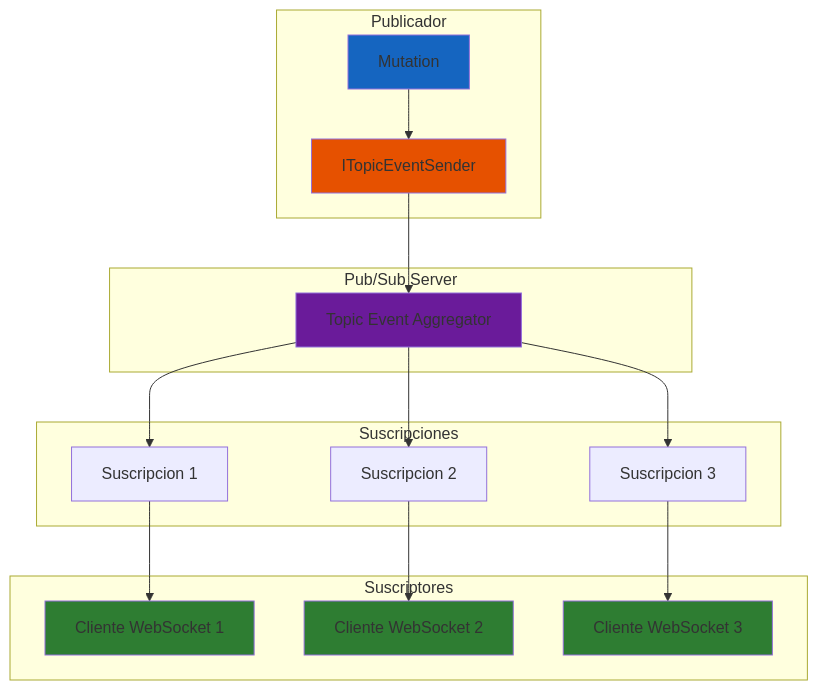
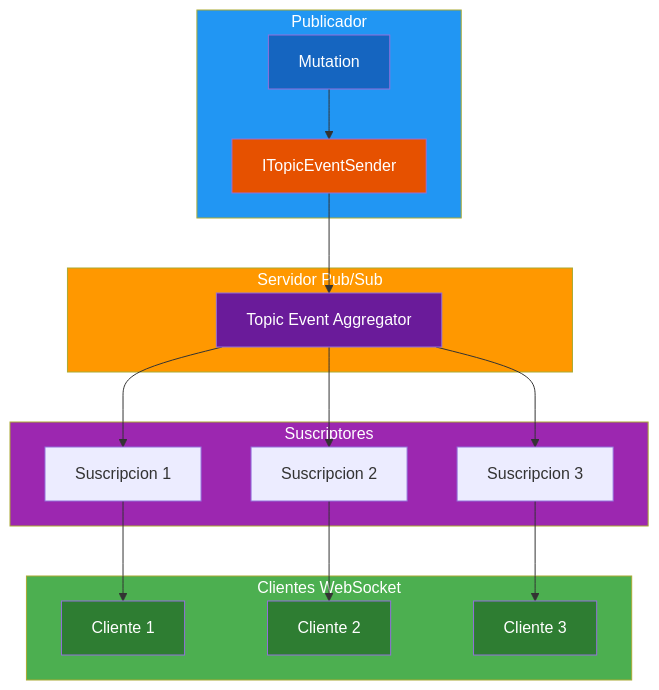
The sixth of 10 diagrams in 19-graphql.md (joseluisgs/DesarrolloWebEntornosServidor-02-2026-2027), drawn with Mermaid before and after one commit. The commit also changed other lines of this file and 1 other file, not shown here.

Commit message:
Reorder sections in README.md: moved "Apis con GraphQL", "Logging", and "Email Services" to correct positions

````diff
--- a/19-graphql.md
+++ b/19-graphql.md
@@ -937,29 +730,33 @@
 ```mermaid
 graph TB
-    subgraph "Publicador"
+    subgraph PUBLICADOR["Publicador"]
         A[Mutation] --> B[ITopicEventSender]
     end
-    
-    subgraph "Pub/Sub Server"
+
+    subgraph SERVIDOR["Servidor Pub/Sub"]
         B --> C[Topic Event Aggregator]
     end
-    
-    subgraph "Suscripciones"
+
+    subgraph SUSCRIPCIONES["Suscriptores"]
         C --> D[Suscripcion 1]
         C --> E[Suscripcion 2]
         C --> F[Suscripcion 3]
     end
-    
-    subgraph "Suscriptores"
-        D --> G[Cliente WebSocket 1]
-        E --> H[Cliente WebSocket 2]
-        F --> I[Cliente WebSocket 3]
+
+    subgraph CLIENTES["Clientes WebSocket"]
+        D --> G[Cliente 1]
+        E --> H[Cliente 2]
+        F --> I[Cliente 3]
     end
-    
-    style A fill:#1565C0
-    style B fill:#E65100
-    style C fill:#6A1B9A
-    style G fill:#2E7D32
-    style H fill:#2E7D32
-    style I fill:#2E7D32
+
+    style PUBLICADOR fill:#2196F3,color:#fff
+    style SERVIDOR fill:#FF9800,color:#fff
+    style SUSCRIPCIONES fill:#9C27B0,color:#fff
+    style CLIENTES fill:#4CAF50,color:#fff
+    style A fill:#1565C0,color:#fff
+    style B fill:#E65100,color:#fff
+    style C fill:#6A1B9A,color:#fff
+    style G fill:#2E7D32,color:#fff
+    style H fill:#2E7D32,color:#fff
+    style I fill:#2E7D32,color:#fff
 ```
````
